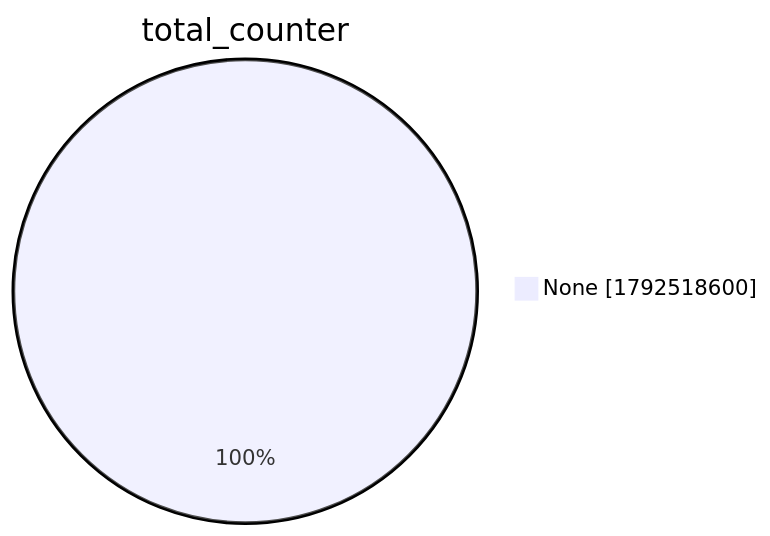
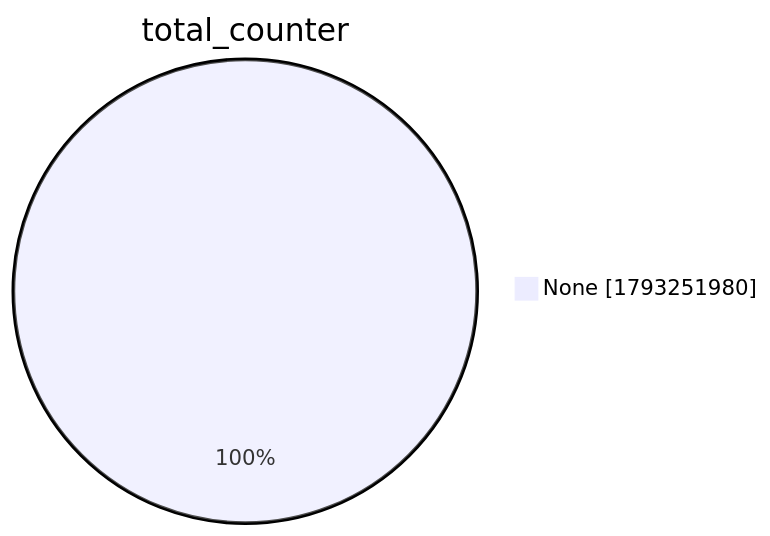
One commit to christiankrug/ctmonitor_visualization changed the second of 15 diagrams in xenon2022/README.md. Above: the diagram before and after it, drawn with Mermaid. The commit also changed other lines of this file, not shown here.

````diff
--- a/xenon2022/README.md
+++ b/xenon2022/README.md
@@ -9,5 +9,5 @@
 ```mermaid
 pie showData
 title total_counter
-"None" :1792518600
+"None" :1793251980
 ```
````
